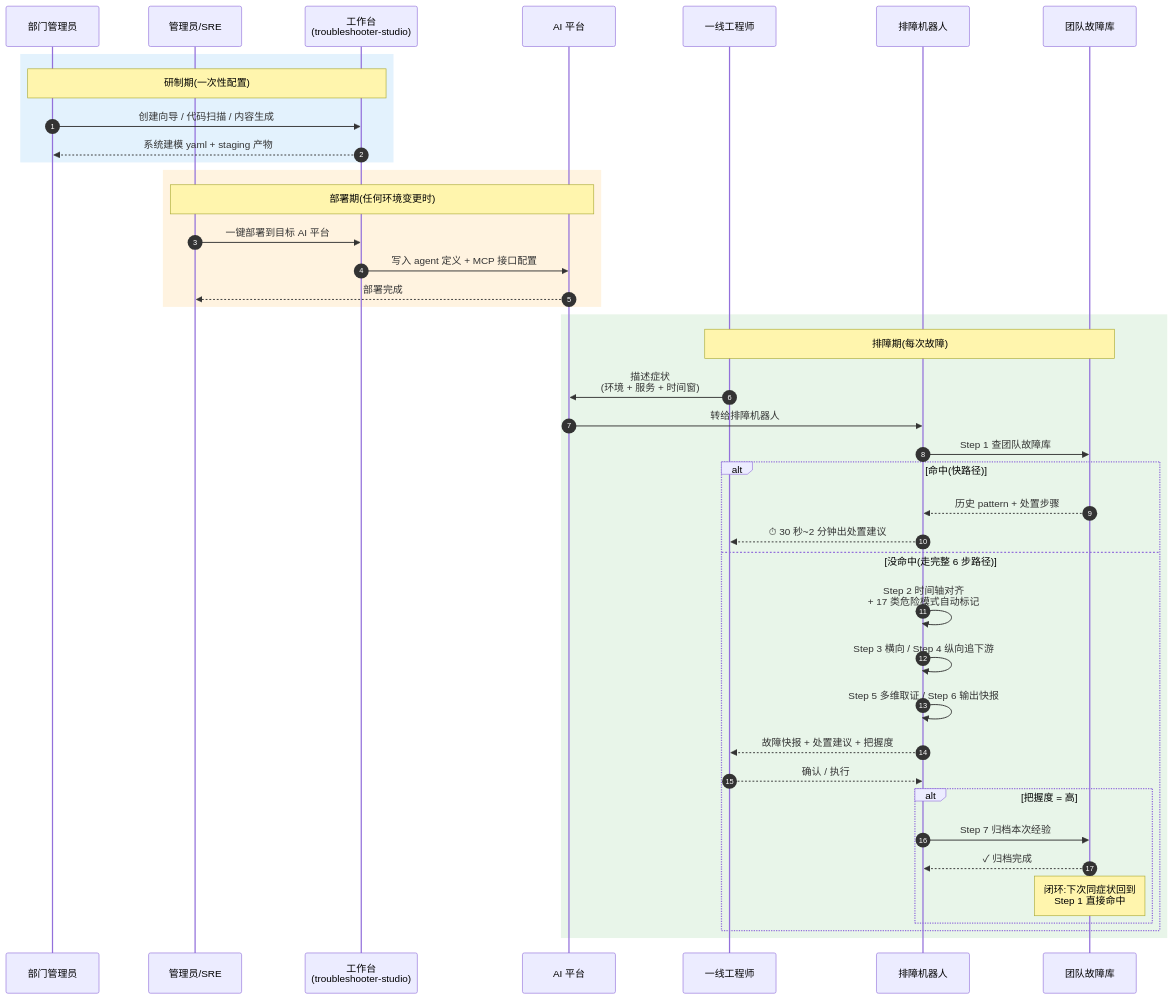
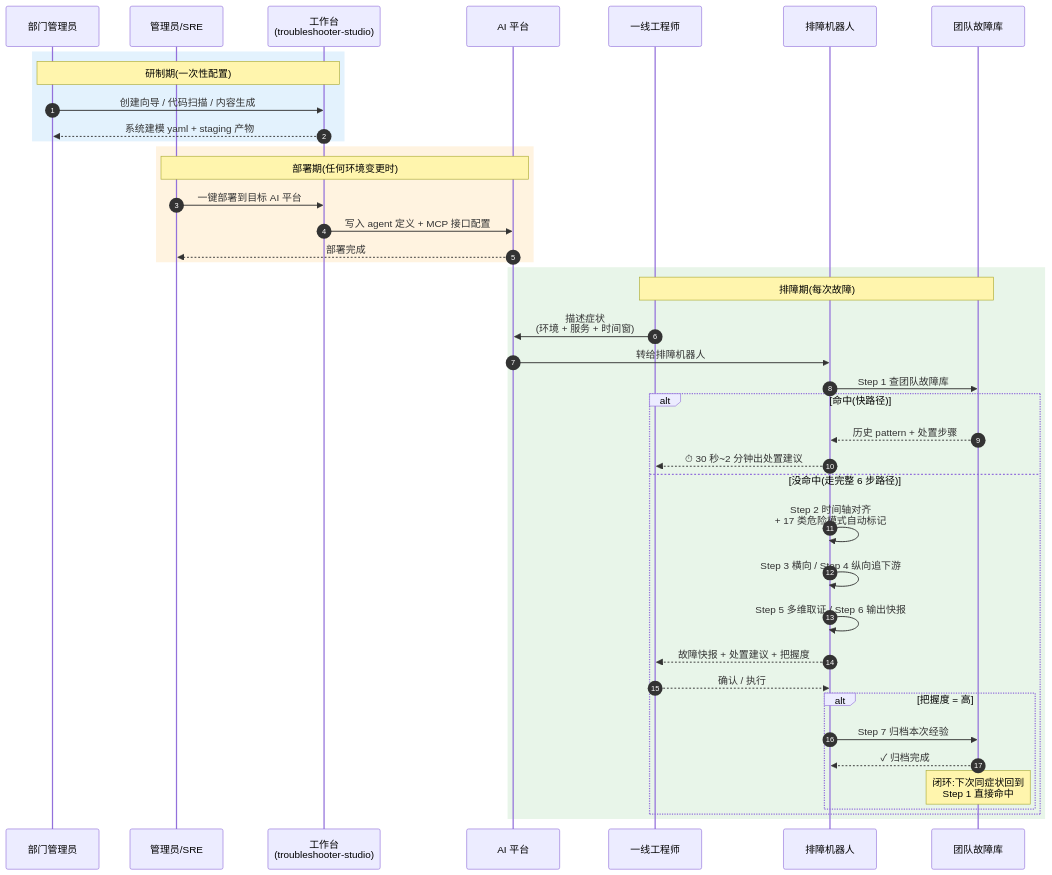
Before and after one commit to 452562082/troubleshooter-studio: the first of 2 diagrams in docs/agent-design-verification-report.md, drawn with Mermaid. The commit also changed other lines of this file and 1 other file, not shown here.

Commit message:
流程图改紧凑布局:不嵌套 subgraph,默认间距小一半
用户反馈"间距也太长了" — 上一版加大 nodeSpacing/rankSpacing 后,
嵌套 subgraph 的 direction LR 没起效(被 mermaid 渲染器强制纵排),
5 个能力节点 + 3 个 MCP 类别节点变垂直 stack,80px rankSpacing
进一步拉爆整张图(用户截图里垂直拉了 8 屏)。

修法:

图 1 整体架构:
- 删 SkillCat 和 MCPCat 两个嵌套 subgraph(direction LR 不靠谱)
- 5 个能力 → 合到 Skills 单节点 1 行标题 + 3 行内容
- 3 个 MCP 类别 → 合到 MCPs 单节点 1 行标题 + 3 行内容
- 4 个 AI 平台 → 合到 Plats 单节点 1 行标题 + 2 行内容
- 横向 4 步流水线 W→A→G→I 用 LR direction 保留(单层不会被 override)

参数收紧:
- 图 1 nodeSpacing 60→30, rankSpacing 80→45, fontSize 15→14px
- 图 2 nodeSpacing 55→25, rankSpacing 70→40, fontSize 15→14px
- 图 3/4 sequenceDiagram actorMargin 80-90→50-55,
  noteMargin 15-18→10, messageMargin 45-50→30-32,
  boxMargin 12-15→8, fontSize 14-15→13px

效果:
- 整体高度直接腰斩
- 节点内文字行数 3-4 行仍然清晰
- 不依赖嵌套 subgraph,所有 mermaid 渲染器行为一致

````diff
--- a/docs/agent-design-verification-report.md
+++ b/docs/agent-design-verification-report.md
@@ -21,48 +21,48 @@
 ```mermaid
-%%{init: {'sequence': {'actorMargin': 80, 'noteMargin': 15, 'messageMargin': 45, 'boxMargin': 12}, 'themeVariables': {'fontSize': '15px'}}}%%
+%%{init: {'sequence': {'actorMargin': 50, 'noteMargin': 10, 'messageMargin': 30, 'boxMargin': 8}, 'themeVariables': {'fontSize': '13px'}}}%%
 sequenceDiagram
     autonumber
     participant Mgr as 部门管理员
     participant SRE as 管理员/SRE
     participant Studio as 工作台<br/>(troubleshooter-studio)
     participant AI as AI 平台
     participant Eng as 一线工程师
     participant Bot as 排障机器人
     participant KB as 团队故障库
 
     rect rgb(227,242,253)
     Note over Mgr,Studio: 研制期(一次性配置)
     Mgr->>Studio: 创建向导 / 代码扫描 / 内容生成
     Studio-->>Mgr: 系统建模 yaml + staging 产物
     end
 
     rect rgb(255,243,224)
     Note over SRE,AI: 部署期(任何环境变更时)
     SRE->>Studio: 一键部署到目标 AI 平台
     Studio->>AI: 写入 agent 定义 + MCP 接口配置
     AI-->>SRE: 部署完成
     end
 
     rect rgb(232,245,233)
     Note over Eng,KB: 排障期(每次故障)
     Eng->>AI: 描述症状<br/>(环境 + 服务 + 时间窗)
     AI->>Bot: 转给排障机器人
     Bot->>KB: Step 1 查团队故障库
 
     alt 命中(快路径)
         KB-->>Bot: 历史 pattern + 处置步骤
         Bot-->>Eng: ⏱ 30 秒~2 分钟出处置建议
     else 没命中(走完整 6 步路径)
         Bot->>Bot: Step 2 时间轴对齐<br/>+ 17 类危险模式自动标记
         Bot->>Bot: Step 3 横向 / Step 4 纵向追下游
         Bot->>Bot: Step 5 多维取证 / Step 6 输出快报
         Bot-->>Eng: 故障快报 + 处置建议 + 把握度
         Eng-->>Bot: 确认 / 执行
         alt 把握度 = 高
             Bot->>KB: Step 7 归档本次经验
             KB-->>Bot: ✓ 归档完成
             Note over KB: 闭环:下次同症状回到<br/>Step 1 直接命中
         end
     end
     end
 ```
````
